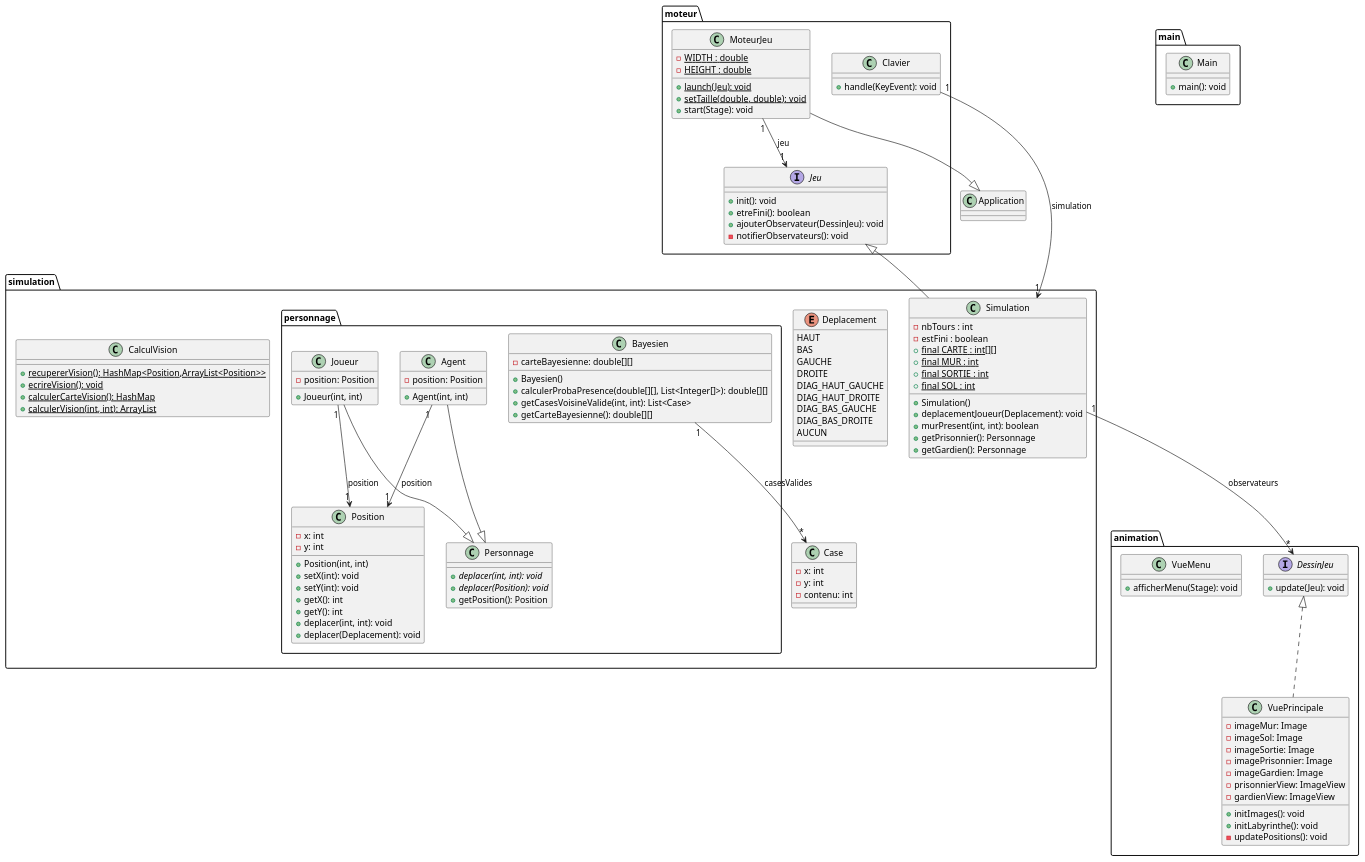
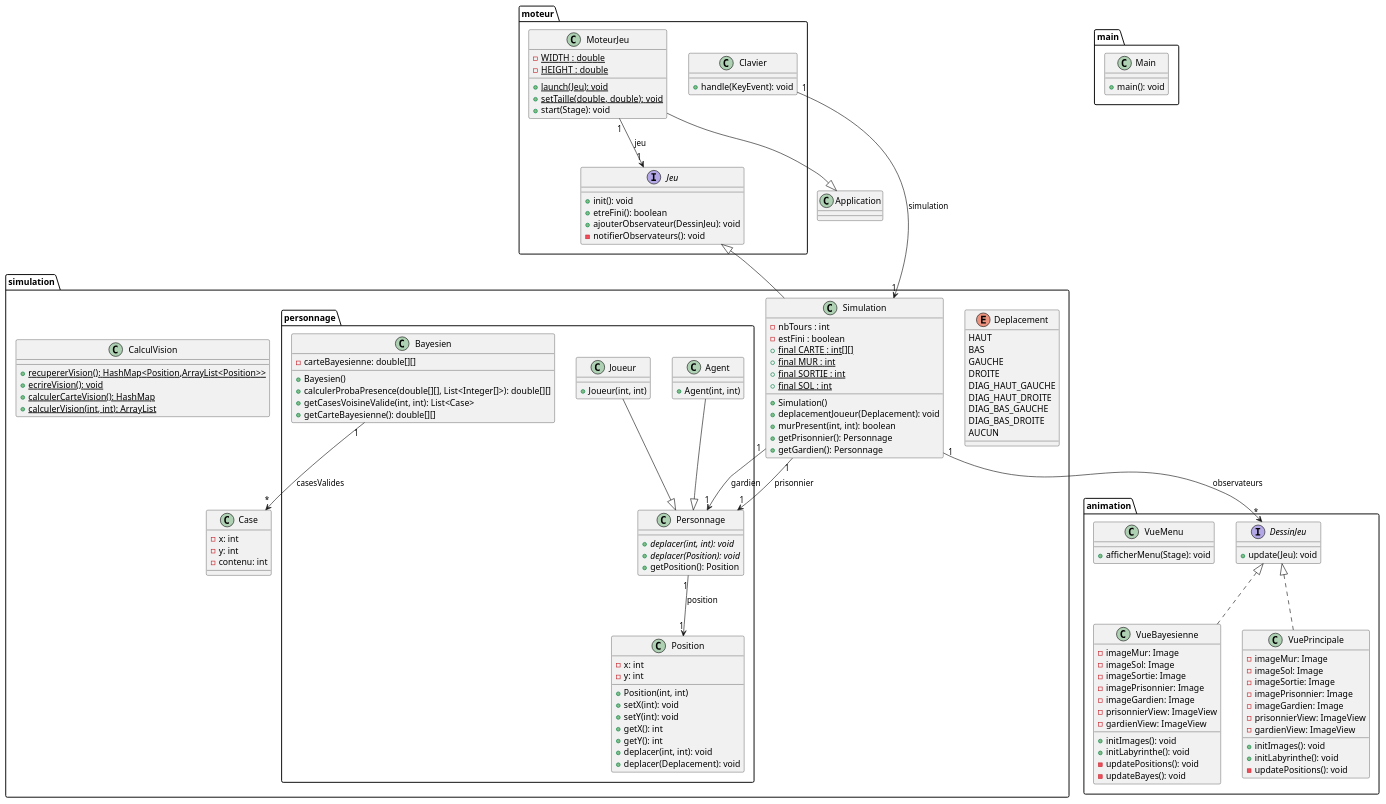
The diagram in projet_tut_poursuite-evasion/class.puml (celie-ponroy/projet_tutore_amaglio_bitsindou_dechezlepretre_ponroy_RAIL2), drawn with PlantUML before and after one commit.

Commit message:
modifications diagramme classe

```diff
--- a/projet_tut_poursuite-evasion/class.puml
+++ b/projet_tut_poursuite-evasion/class.puml
@@ -1,141 +1,155 @@
 @startuml
 class Application
 
 
 package "moteur"{
   Interface Jeu{
     + init(): void
     + etreFini(): boolean
     + ajouterObservateur(DessinJeu): void
     - notifierObservateurs(): void
   }
   class Clavier{
     + handle(KeyEvent): void
   }
   class MoteurJeu{
     - {static} WIDTH : double
     - {static} HEIGHT : double
     + {static} launch(Jeu): void
     + {static} setTaille(double, double): void
     + start(Stage): void
   }
 }
 
 package "simulation"{
   enum Deplacement{
     HAUT
     BAS
     GAUCHE
     DROITE
     DIAG_HAUT_GAUCHE
     DIAG_HAUT_DROITE
     DIAG_BAS_GAUCHE
     DIAG_BAS_DROITE
     AUCUN
 }
   class Simulation{
     - nbTours : int
     - estFini : boolean
     + {static} final CARTE : int[][]
     + {static} final MUR : int
     + {static} final SORTIE : int
     + {static} final SOL : int
     + Simulation()
     + deplacementJoueur(Deplacement): void
     + murPresent(int, int): boolean
     + getPrisonnier(): Personnage
     + getGardien(): Personnage
   }
 
   class Case{
     - x: int
     - y: int
     - contenu: int
   }
 
   class CalculVision{
     + {static} recupererVision(): HashMap<Position,ArrayList<Position>>
     + {static} ecrireVision(): void
     + {static} calculerCarteVision(): HashMap
     + {static} calculerVision(int, int): ArrayList
   }
   package "personnage"{
     class Bayesien{
       - carteBayesienne: double[][]
       + Bayesien()
       + calculerProbaPresence(double[][], List<Integer[]>): double[][]
       + getCasesVoisineValide(int, int): List<Case>
       + getCarteBayesienne(): double[][]
     }
     class Position{
      - x: int
      - y: int
      + Position(int, int)
      + setX(int): void
      + setY(int): void
      + getX(): int
      + getY(): int
      + deplacer(int, int): void
      + deplacer(Deplacement): void
     }
 
     class Personnage{
       + {abstract} deplacer(int, int): void
       + {abstract} deplacer(Position): void
       + getPosition(): Position
     }
 
     class Agent{
-      - position: Position
       + Agent(int, int)
     }
     class Joueur{
-      - position: Position
       + Joueur(int, int)
     }
   }
 }
 
 
 package "animation" {
   Interface DessinJeu{
     + update(Jeu): void
   }
 
   class VueMenu{
     + afficherMenu(Stage): void
   }
 
   class VuePrincipale{
     - imageMur: Image
     - imageSol: Image
     - imageSortie: Image
     - imagePrisonnier: Image
     - imageGardien: Image
     - prisonnierView: ImageView
     - gardienView: ImageView
     + initImages(): void
     + initLabyrinthe(): void
     - updatePositions(): void
   }
+
+  class VueBayesienne{
+      - imageMur: Image
+      - imageSol: Image
+      - imageSortie: Image
+      - imagePrisonnier: Image
+      - imageGardien: Image
+      - prisonnierView: ImageView
+      - gardienView: ImageView
+      + initImages(): void
+      + initLabyrinthe(): void
+      - updatePositions(): void
+      - updateBayes(): void
+    }
 }
 
 package "main"{
   class Main{
     + main(): void
   }
 }
 
 Bayesien "1" --> "*" Case: casesValides
 Agent --|> Personnage
 Joueur --|> Personnage
-Agent "1" --> "1" Position : position
-Joueur "1" --> "1" Position : position
+Personnage "1" --> "1" Position : position
 MoteurJeu --|> Application
 MoteurJeu "1" --> "1" Jeu: jeu
 Simulation "1" --> "*" DessinJeu : observateurs
 DessinJeu <|.. VuePrincipale
+DessinJeu <|.. VueBayesienne
+Simulation "1" --> "1" Personnage: gardien
+Simulation "1" --> "1" Personnage: prisonnier
 Clavier "1" --> "1" Simulation : simulation
 Jeu <|-- Simulation
 
 @enduml
```
